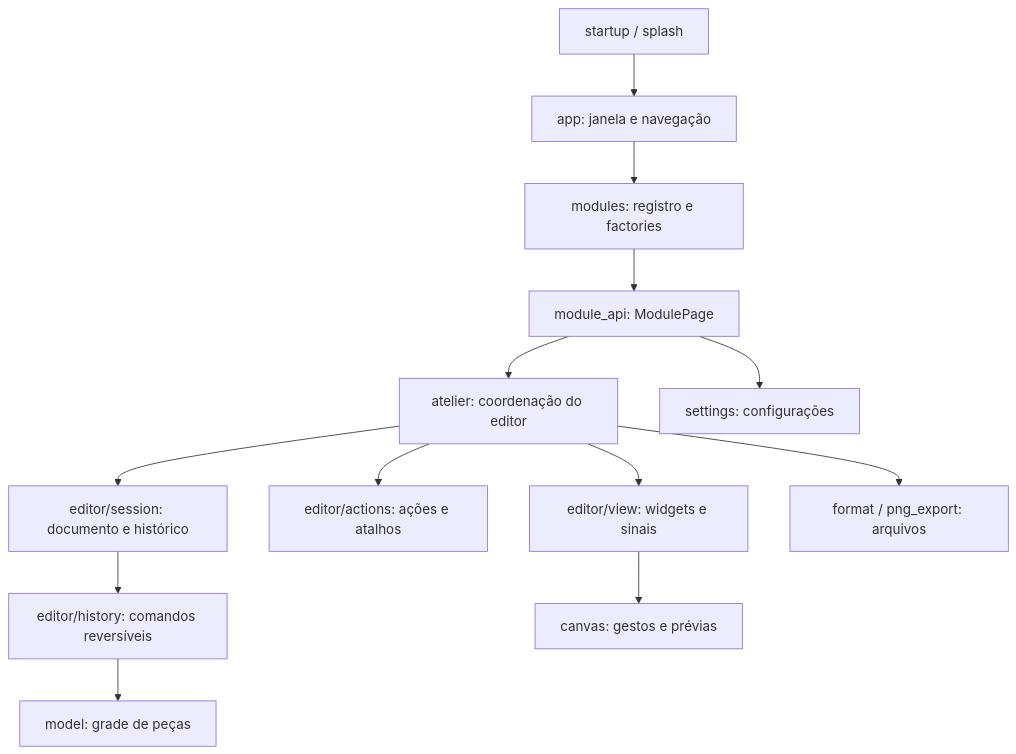
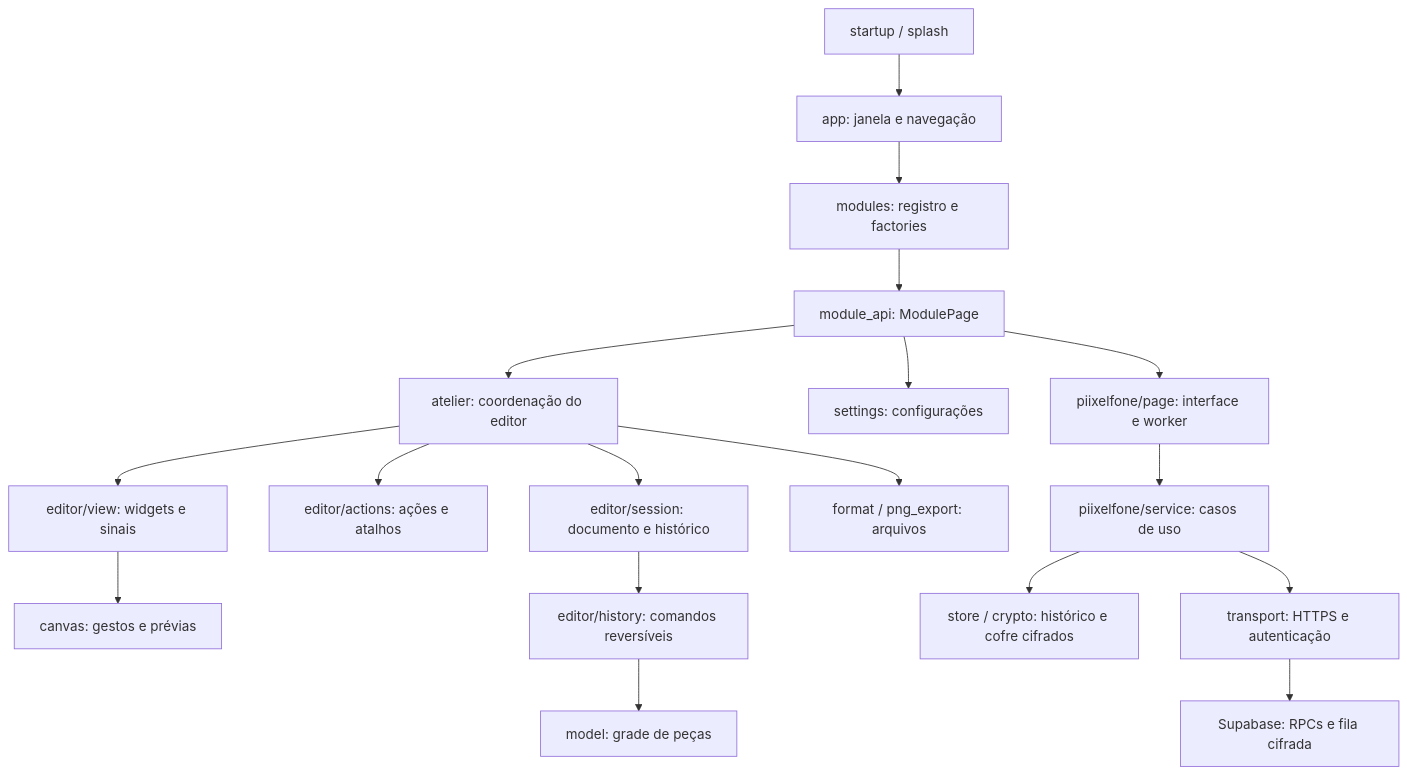
One commit to IHenriqueCSN/piixel changed the diagram in docs/arquitetura.md. Above: the diagram before and after it, drawn with Mermaid. The commit also changed other lines of this file and 31 other files, not shown here.

Commit message:
Adiciona Piixelfone com mensagens E2EE, fila offline e Supabase

````diff
--- a/docs/arquitetura.md
+++ b/docs/arquitetura.md
@@ -5,15 +5,20 @@
 ```mermaid
 flowchart TD
     Bootstrap["startup / splash"] --> Shell["app: janela e navegação"]
     Shell --> Registry["modules: registro e factories"]
     Registry --> Contract["module_api: ModulePage"]
     Contract --> Atelier["atelier: coordenação do editor"]
     Contract --> Settings["settings: configurações"]
+    Contract --> Phone["piixelfone/page: interface e worker"]
+    Phone --> PhoneService["piixelfone/service: casos de uso"]
+    PhoneService --> PhoneStore["store / crypto: histórico e cofre cifrados"]
+    PhoneService --> Transport["transport: HTTPS e autenticação"]
+    Transport --> Supabase["Supabase: RPCs e fila cifrada"]
     Atelier --> View["editor/view: widgets e sinais"]
     Atelier --> Actions["editor/actions: ações e atalhos"]
     Atelier --> Session["editor/session: documento e histórico"]
     Session --> History["editor/history: comandos reversíveis"]
     History --> Model["model: grade de peças"]
     View --> Canvas["canvas: gestos e prévias"]
     Atelier --> Files["format / png_export: arquivos"]
 ```
````
